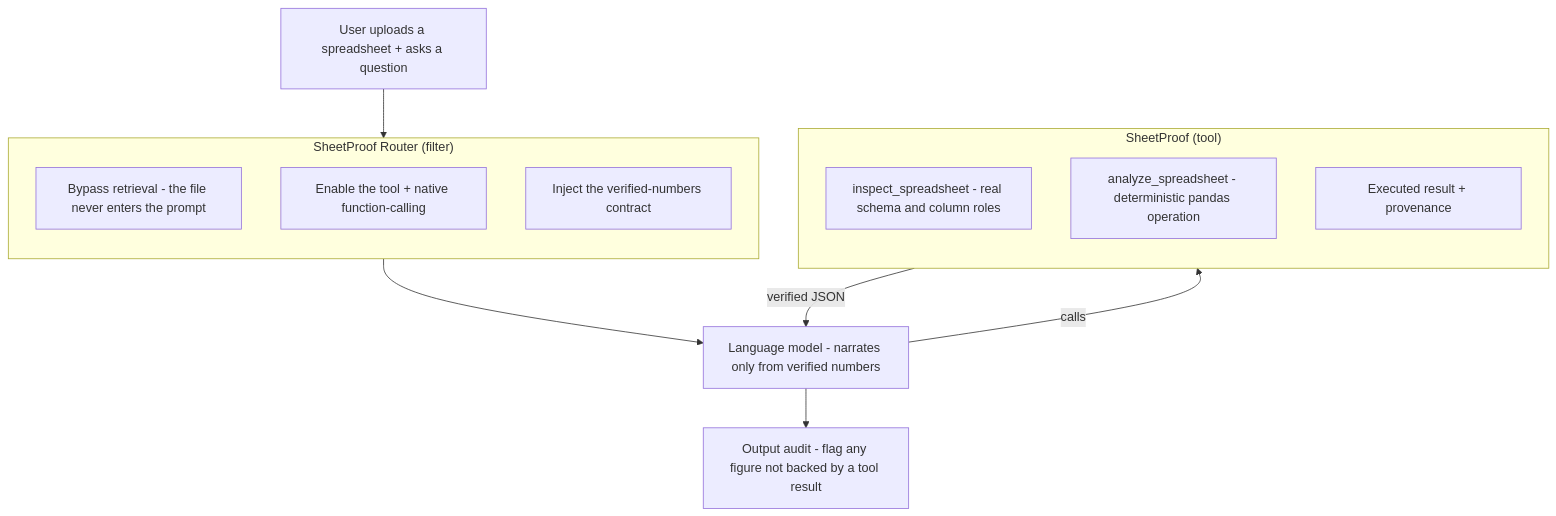
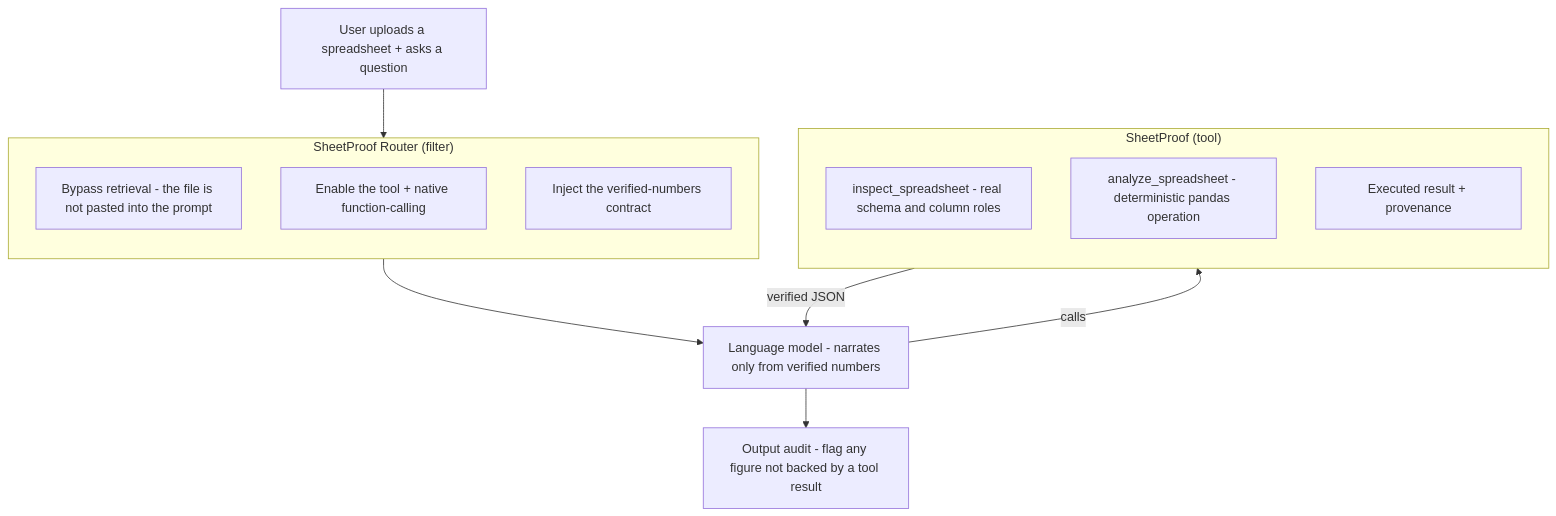
Before and after one commit to Almehmadi-Ai/sheetproof: the diagram in README.md, drawn with Mermaid. The commit also changed other lines of this file and 37 other files, not shown here.

````diff
--- a/README.md
+++ b/README.md
@@ -72,22 +75,22 @@
 ```mermaid
 flowchart TB
     U["User uploads a spreadsheet + asks a question"]
     subgraph F["SheetProof Router (filter)"]
         direction TB
-        R["Bypass retrieval - the file never enters the prompt"]
+        R["Bypass retrieval - the file is not pasted into the prompt"]
         E["Enable the tool + native function-calling"]
         C["Inject the verified-numbers contract"]
     end
     subgraph T["SheetProof (tool)"]
         direction TB
         I["inspect_spreadsheet - real schema and column roles"]
         A["analyze_spreadsheet - deterministic pandas operation"]
         P["Executed result + provenance"]
     end
     M["Language model - narrates only from verified numbers"]
     AU["Output audit - flag any figure not backed by a tool result"]
     U --> F --> M
     M -->|calls| T
     T -->|verified JSON| M
     M --> AU
 ```
````
